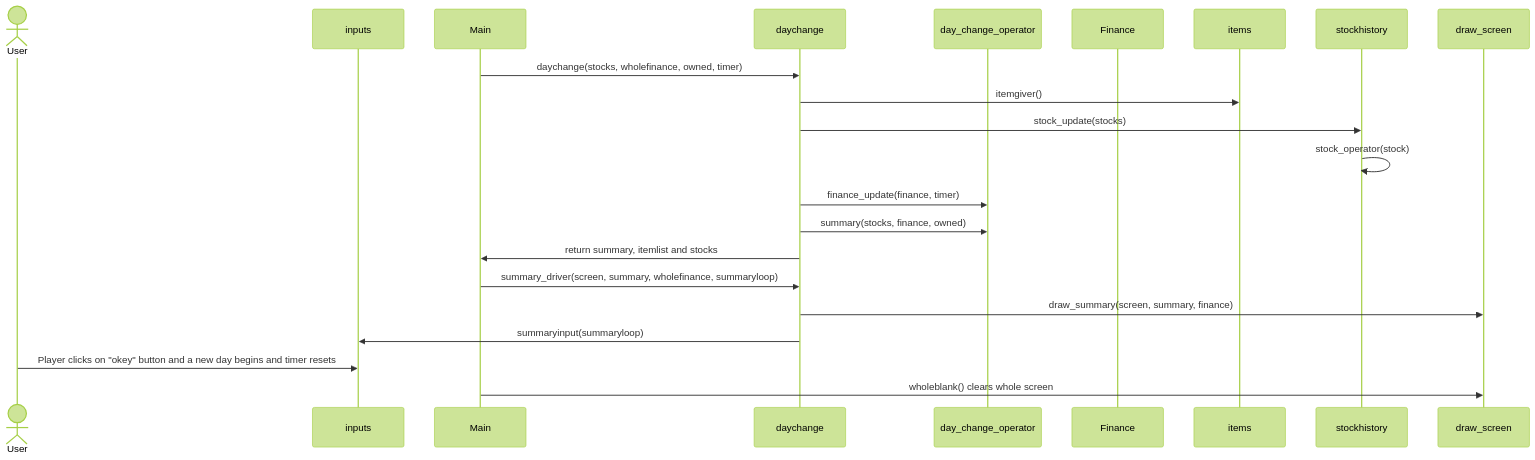
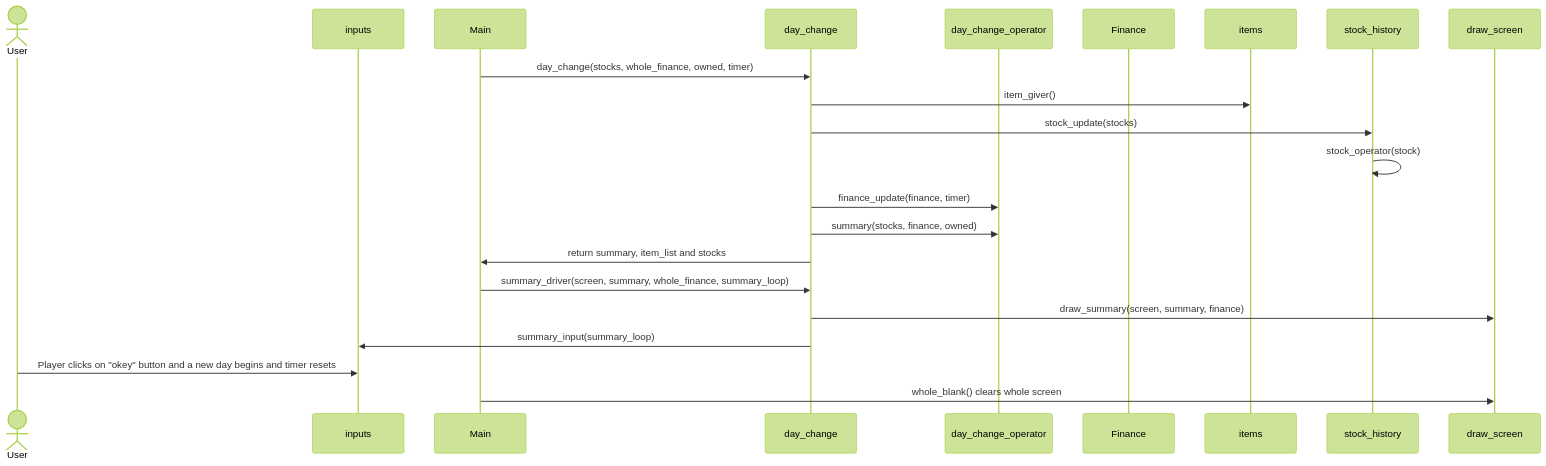
Before and after one commit to sepaww/ot-harjoitustyo: the fifth of 6 diagrams in dokumentaatio/arkkitehtuuri.md, drawn with Mermaid (forest theme). The commit also changed other lines of this file, not shown here.

````diff
--- a/dokumentaatio/arkkitehtuuri.md
+++ b/dokumentaatio/arkkitehtuuri.md
@@ -256,24 +260,24 @@
   ```mermaid
 sequenceDiagram
   actor User
   participant inputs
   participant Main
-  participant daychange
+  participant day_change
   participant day_change_operator
   participant Finance
   participant items
-  participant stockhistory
+  participant stock_history
   participant draw_screen
-  Main->>daychange: daychange(stocks, wholefinance, owned, timer)
-  daychange->>items: itemgiver()
-  daychange->>stockhistory: stock_update(stocks)
-  stockhistory->>stockhistory: stock_operator(stock)
-  daychange->>day_change_operator: finance_update(finance, timer)
-  daychange->>day_change_operator: summary(stocks, finance, owned)
-  daychange->>Main: return summary, itemlist and stocks
-  Main->>daychange: summary_driver(screen, summary, wholefinance, summaryloop)
-  daychange->>draw_screen: draw_summary(screen, summary, finance)
-  daychange->>inputs: summaryinput(summaryloop)
+  Main->>day_change: day_change(stocks, whole_finance, owned, timer)
+  day_change->>items: item_giver()
+  day_change->>stock_history: stock_update(stocks)
+  stock_history->>stock_history: stock_operator(stock)
+  day_change->>day_change_operator: finance_update(finance, timer)
+  day_change->>day_change_operator: summary(stocks, finance, owned)
+  day_change->>Main: return summary, item_list and stocks
+  Main->>day_change: summary_driver(screen, summary, whole_finance, summary_loop)
+  day_change->>draw_screen: draw_summary(screen, summary, finance)
+  day_change->>inputs: summary_input(summary_loop)
   User->>inputs: Player clicks on "okey" button and a new day begins and timer resets
-  Main->>draw_screen: wholeblank() clears whole screen
+  Main->>draw_screen: whole_blank() clears whole screen
 ```
````
